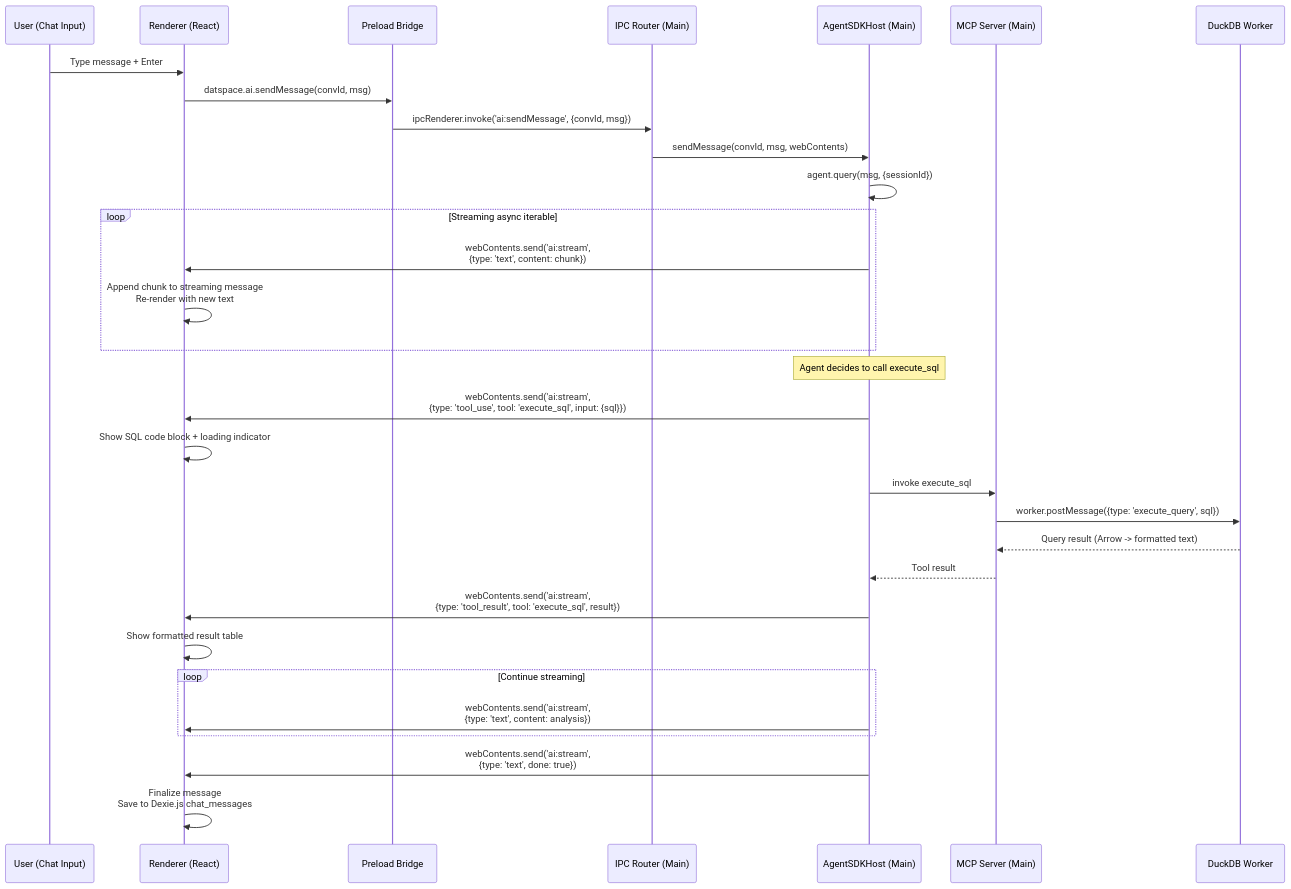
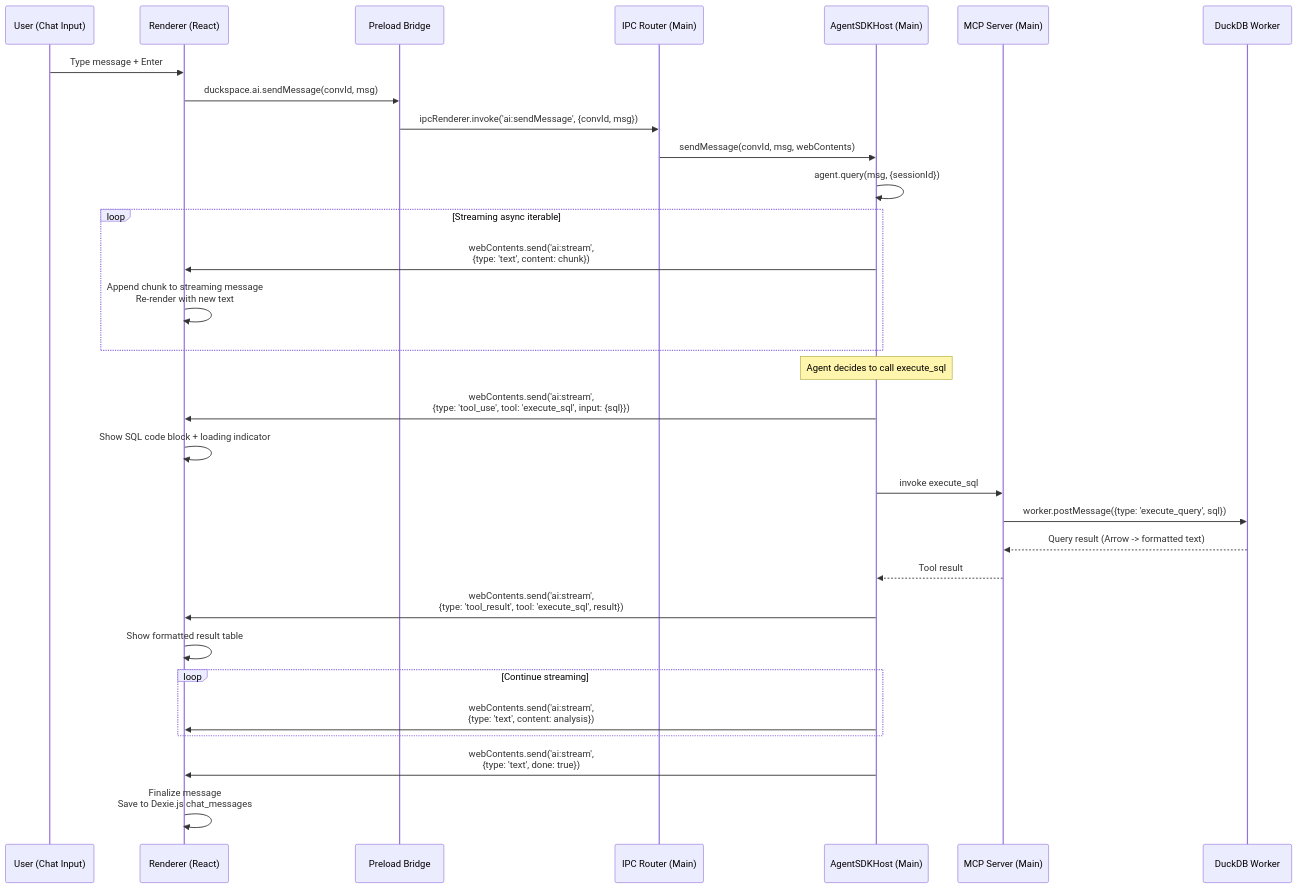
The eighth of 9 diagrams in context/artifacts/design/09-ai-integration.md (discohead/duckspace), drawn with Mermaid before and after one commit. The commit also changed other lines of this file and 111 other files, not shown here.

First line of the commit message:
chore: rename project from Datspace to Duckspace

````diff
--- a/context/artifacts/design/09-ai-integration.md
+++ b/context/artifacts/design/09-ai-integration.md
@@ -1416,43 +1416,43 @@
 ```mermaid
 sequenceDiagram
     participant User as User (Chat Input)
     participant R as Renderer (React)
     participant PB as Preload Bridge
     participant IPC as IPC Router (Main)
     participant Agent as AgentSDKHost (Main)
     participant MCP as MCP Server (Main)
     participant DW as DuckDB Worker
 
     User->>R: Type message + Enter
-    R->>PB: datspace.ai.sendMessage(convId, msg)
+    R->>PB: duckspace.ai.sendMessage(convId, msg)
     PB->>IPC: ipcRenderer.invoke('ai:sendMessage', {convId, msg})
 
     IPC->>Agent: sendMessage(convId, msg, webContents)
 
     Agent->>Agent: agent.query(msg, {sessionId})
 
     loop Streaming async iterable
         Agent->>R: webContents.send('ai:stream',<br/>{type: 'text', content: chunk})
         R->>R: Append chunk to streaming message<br/>Re-render with new text
     end
 
     Note over Agent: Agent decides to call execute_sql
 
     Agent->>R: webContents.send('ai:stream',<br/>{type: 'tool_use', tool: 'execute_sql', input: {sql}})
     R->>R: Show SQL code block + loading indicator
 
     Agent->>MCP: invoke execute_sql
     MCP->>DW: worker.postMessage({type: 'execute_query', sql})
     DW-->>MCP: Query result (Arrow -> formatted text)
     MCP-->>Agent: Tool result
 
     Agent->>R: webContents.send('ai:stream',<br/>{type: 'tool_result', tool: 'execute_sql', result})
     R->>R: Show formatted result table
 
     loop Continue streaming
         Agent->>R: webContents.send('ai:stream',<br/>{type: 'text', content: analysis})
     end
 
     Agent->>R: webContents.send('ai:stream',<br/>{type: 'text', done: true})
     R->>R: Finalize message<br/>Save to Dexie.js chat_messages
 ```
````
